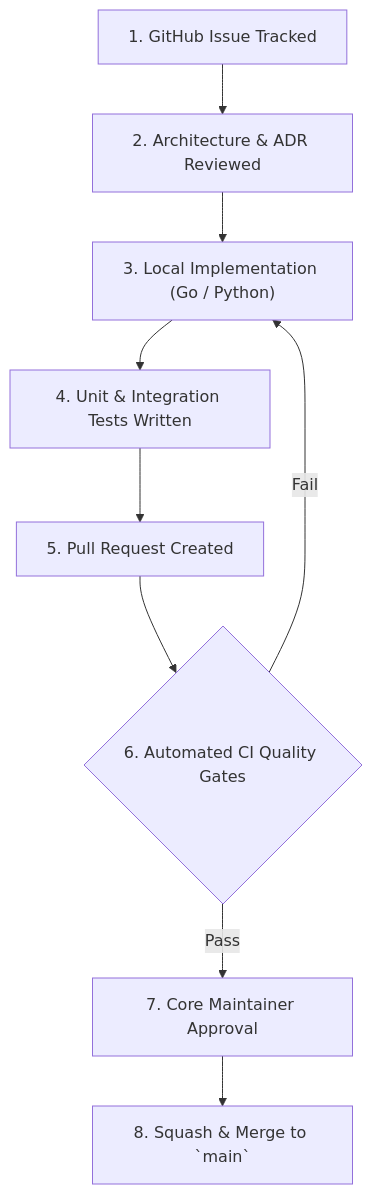
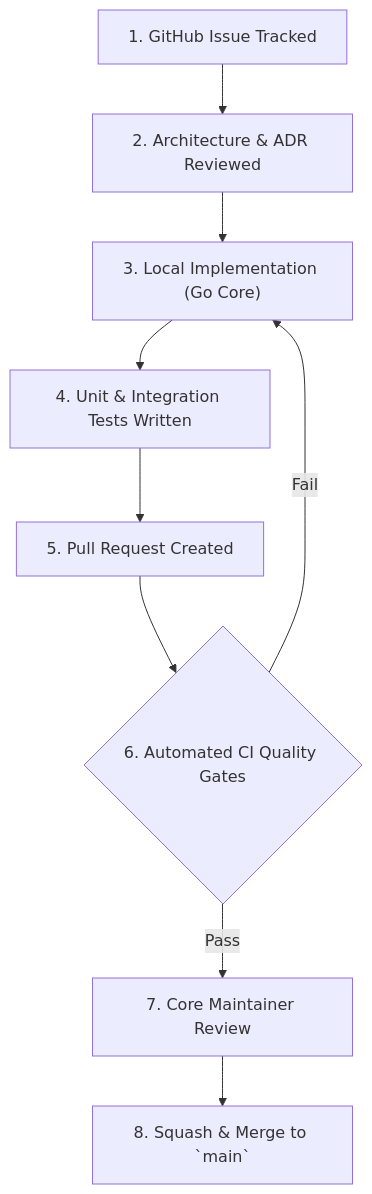
The second of 3 diagrams in docs/WORKFLOW.md (Subhadip-Paul2006/NETRA-Backend), drawn with Mermaid before and after one commit. The commit also changed other lines of this file and 15 other files, not shown here.

Commit message:
docs: establish authoritative open-source academic architecture & technical specification suite

````diff
--- a/docs/WORKFLOW.md
+++ b/docs/WORKFLOW.md
@@ -57,11 +58,11 @@
 ```mermaid
 flowchart TD
     Issue["1. GitHub Issue Tracked"] --> Design["2. Architecture & ADR Reviewed"]
-    Design --> Impl["3. Local Implementation (Go / Python)"]
+    Design --> Impl["3. Local Implementation (Go Core)"]
     Impl --> Tests["4. Unit & Integration Tests Written"]
     Tests --> PR["5. Pull Request Created"]
     PR --> CI{"6. Automated CI Quality Gates"}
-    CI -- Pass --> PeerReview["7. Core Maintainer Approval"]
+    CI -- Pass --> PeerReview["7. Core Maintainer Review"]
     CI -- Fail --> Impl
     PeerReview --> Merge["8. Squash & Merge to `main`"]
 ```
````
